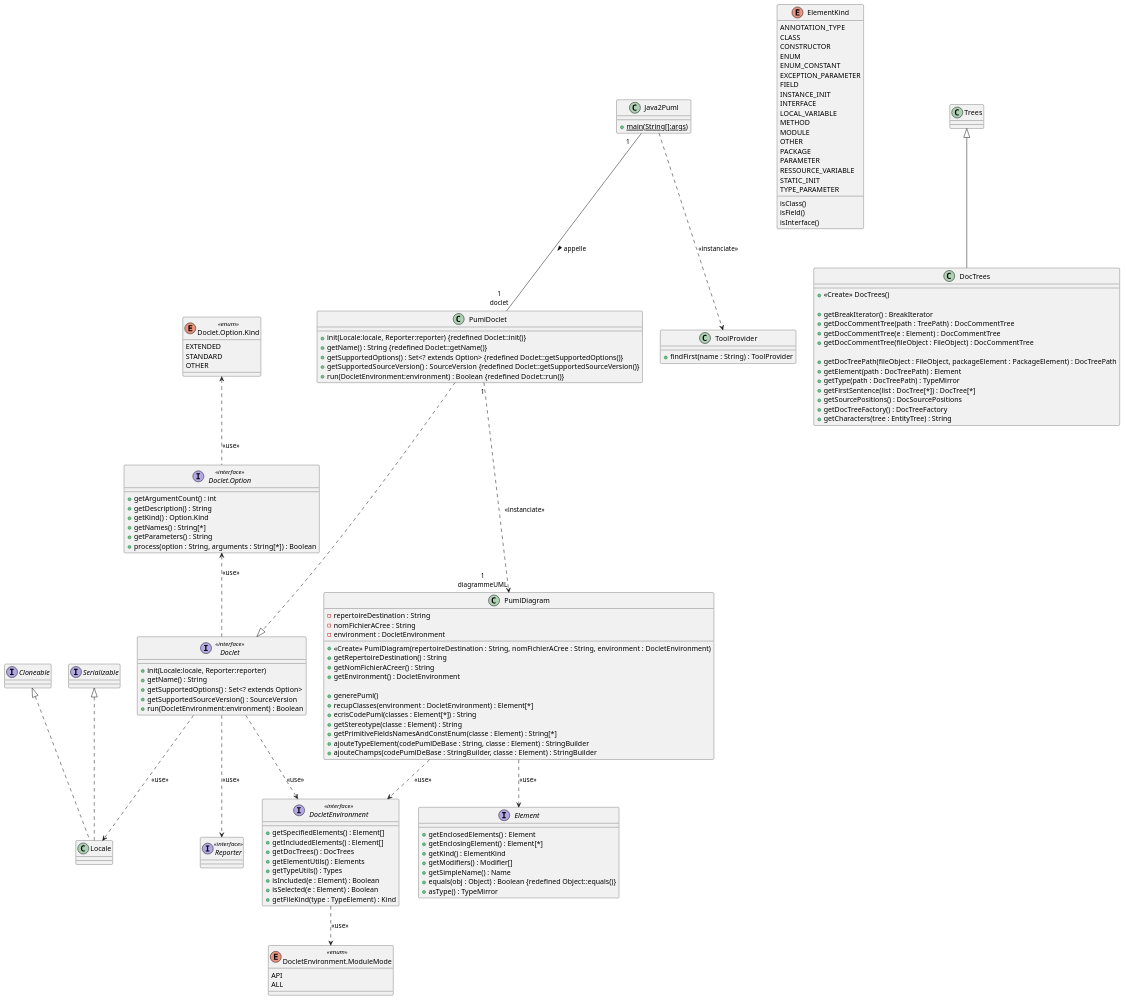
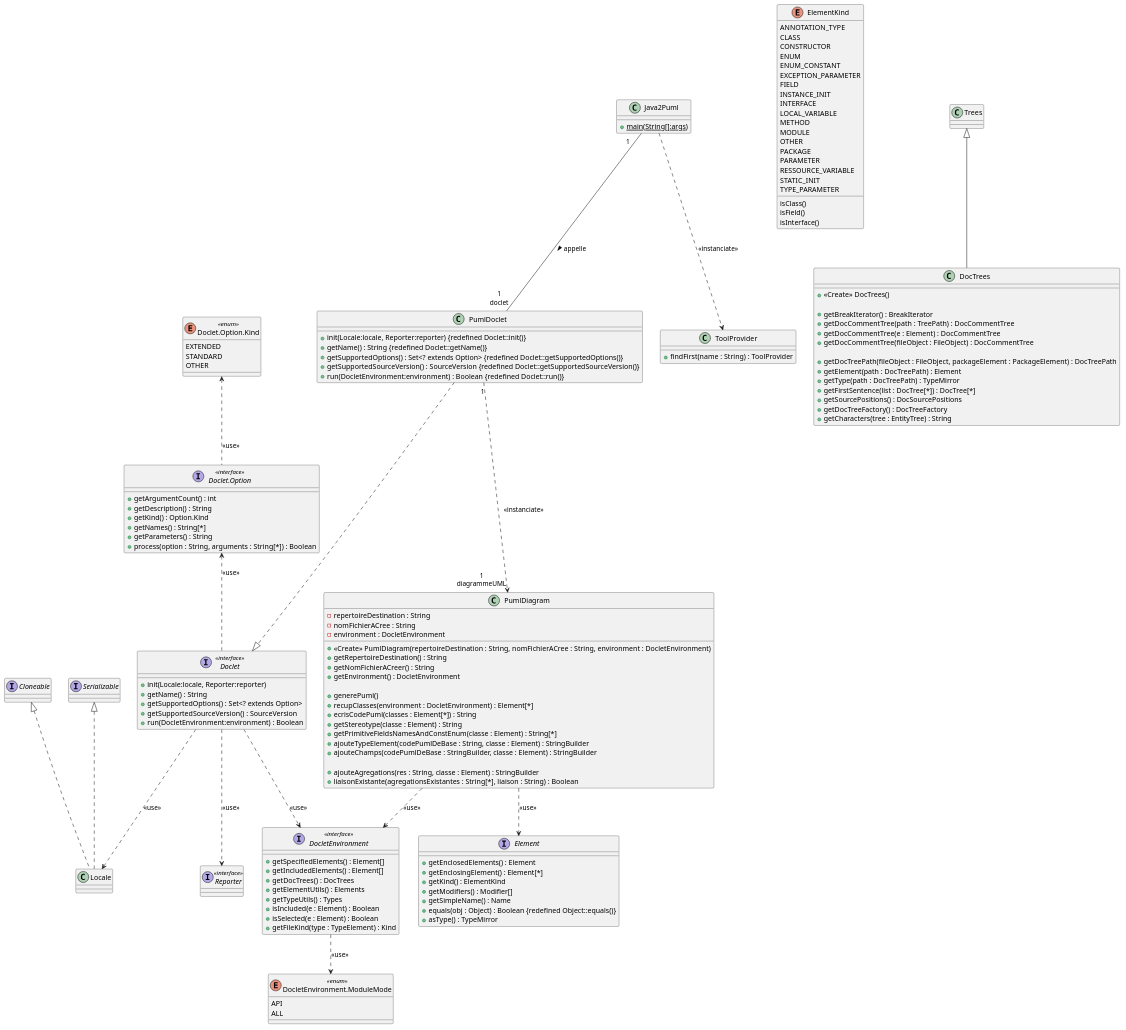
The diagram in uml/Doclet_DCC.puml (karimelkaid/PumlFromJava), drawn with PlantUML before and after one commit. The commit also changed 12 other files, not shown here.

```diff
--- a/uml/Doclet_DCC.puml
+++ b/uml/Doclet_DCC.puml
@@ -1,160 +1,164 @@
 @startuml
 'https://plantuml.com/class-diagram
 
 class PumlDoclet
 {
     + init(Locale:locale, Reporter:reporter) {redefined Doclet::init()}
     + getName() : String {redefined Doclet::getName()}
     + getSupportedOptions() : Set<? extends Option> {redefined Doclet::getSupportedOptions()}
     + getSupportedSourceVersion() : SourceVersion {redefined Doclet::getSupportedSourceVersion()}
     + run(DocletEnvironment:environment) : Boolean {redefined Doclet::run()}
 }
 class ToolProvider
 {
     + findFirst(name : String) : ToolProvider
 }
 
 
 class Java2Puml
 {
     + {static} main(String[]:args)
 }
 
 class PumlDiagram
 {
     - repertoireDestination : String
     - nomFichierACree : String
     - environment : DocletEnvironment
 
     + <<Create>> PumlDiagram(repertoireDestination : String, nomFichierACree : String, environment : DocletEnvironment)
     + getRepertoireDestination() : String
     + getNomFichierACreer() : String
     + getEnvironment() : DocletEnvironment
 
     + generePuml()
     + recupClasses(environment : DocletEnvironment) : Element[*]
     + ecrisCodePuml(classes : Element[*]) : String
     + getStereotype(classe : Element) : String
     + getPrimitiveFieldsNamesAndConstEnum(classe : Element) : String[*]
     + ajouteTypeElement(codePumlDeBase : String, classe : Element) : StringBuilder
     + ajouteChamps(codePumlDeBase : StringBuilder, classe : Element) : StringBuilder
+
+    'Ajout de méthodes'
+    + ajouteAgregations(res : String, classe : Element) : StringBuilder
+    + liaisonExistante(agregationsExistantes : String[*], liaison : String) : Boolean
 
 }
 
 interface Doclet <<interface>>
 {
     + init(Locale:locale, Reporter:reporter)
     + getName() : String
     + getSupportedOptions() : Set<? extends Option>
     + getSupportedSourceVersion() : SourceVersion
     + run(DocletEnvironment:environment) : Boolean
 }
 interface "Doclet.Option" as docletOption <<interface>>
 {
     + getArgumentCount() : int
     + getDescription() : String
     + getKind() : Option.Kind
     + getNames() : String[*]
     + getParameters() : String
     + process(option : String, arguments : String[*]) : Boolean
 }
 
 enum "Doclet.Option.Kind" as docletOptionKind <<enum>>
 {
     EXTENDED
     STANDARD
     OTHER
 }
 
 interface DocletEnvironment <<interface>>
 {
     + getSpecifiedElements() : Element[]
     + getIncludedElements() : Element[]
     + getDocTrees() : DocTrees
     + getElementUtils() : Elements
     + getTypeUtils() : Types
     + isIncluded(e : Element) : Boolean
     + isSelected(e : Element) : Boolean
     + getFileKind(type : TypeElement) : Kind
 }
 enum "DocletEnvironment.ModuleMode" as ModuleMode <<enum>>
 {
     API
     ALL
 }
 DocletEnvironment ..> ModuleMode : <<use>>
 
 interface Element
 {
     + getEnclosedElements() : Element
     + getEnclosingElement() : Element[*]
     + getKind() : ElementKind
     + getModifiers() : Modifier[]
     + getSimpleName() : Name
     + equals(obj : Object) : Boolean {redefined Object::equals()}
     + asType() : TypeMirror
 }
 
 class Locale implements Cloneable, Serializable
 interface Reporter <<interface>>
 Doclet ..> Locale : <<use>>
 Doclet ..> Reporter : <<use>>
 
 
 Java2Puml ..> ToolProvider : <<instanciate>>
 
 PumlDiagram ..> DocletEnvironment : <<use>>
 Doclet ..> DocletEnvironment : <<use>>
 docletOption <.. Doclet : <<use>>
 docletOptionKind <.. docletOption : <<use>>
 
 PumlDoclet ...|> Doclet
 Java2Puml " 1\t" -- "1\ndoclet" PumlDoclet : appelle >
 PumlDoclet  " 1" ...> "1\ndiagrammeUML" PumlDiagram : <<instanciate>>
 PumlDiagram ..> Element : <<use>>
 
 
 enum ElementKind
 {
     ANNOTATION_TYPE
     CLASS
     CONSTRUCTOR
     ENUM
     ENUM_CONSTANT
     EXCEPTION_PARAMETER
     FIELD
     INSTANCE_INIT
     INTERFACE
     LOCAL_VARIABLE
     METHOD
     MODULE
     OTHER
     PACKAGE
     PARAMETER
     RESSOURCE_VARIABLE
     STATIC_INIT
     TYPE_PARAMETER
     isClass()
     isField()
     isInterface()
 }
 
 class DocTrees extends Trees
 {
     + <<Create>> DocTrees()
 
     + getBreakIterator() : BreakIterator
     + getDocCommentTree(path : TreePath) : DocCommentTree
     + getDocCommentTree(e : Element) : DocCommentTree
     + getDocCommentTree(fileObject : FileObject) : DocCommentTree
 
     + getDocTreePath(fileObject : FileObject, packageElement : PackageElement) : DocTreePath
     + getElement(path : DocTreePath) : Element
     + getType(path : DocTreePath) : TypeMirror
     + getFirstSentence(list : DocTree[*]) : DocTree[*]
     + getSourcePositions() : DocSourcePositions
     + getDocTreeFactory() : DocTreeFactory
     + getCharacters(tree : EntityTree) : String
 }
 
 @enduml
```
